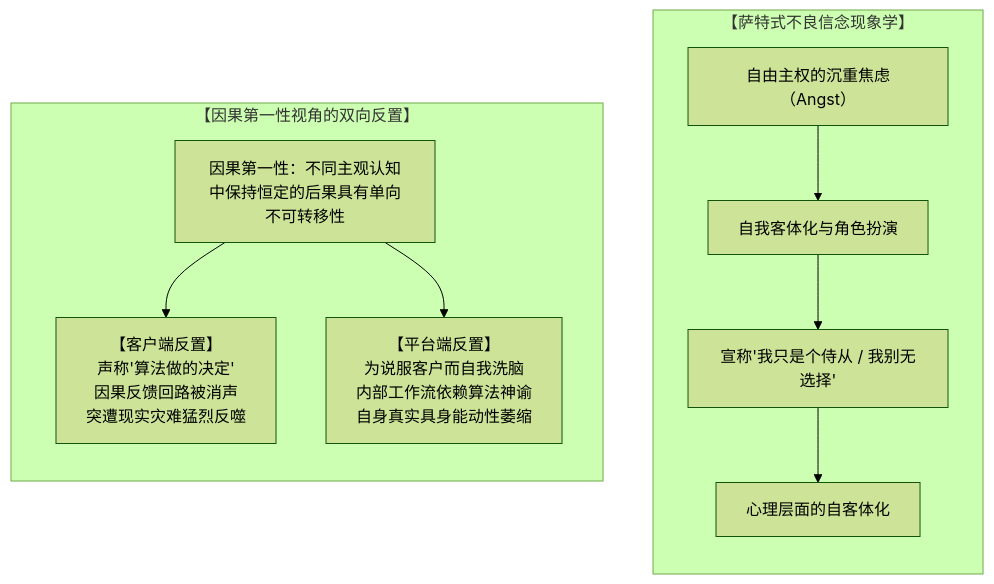
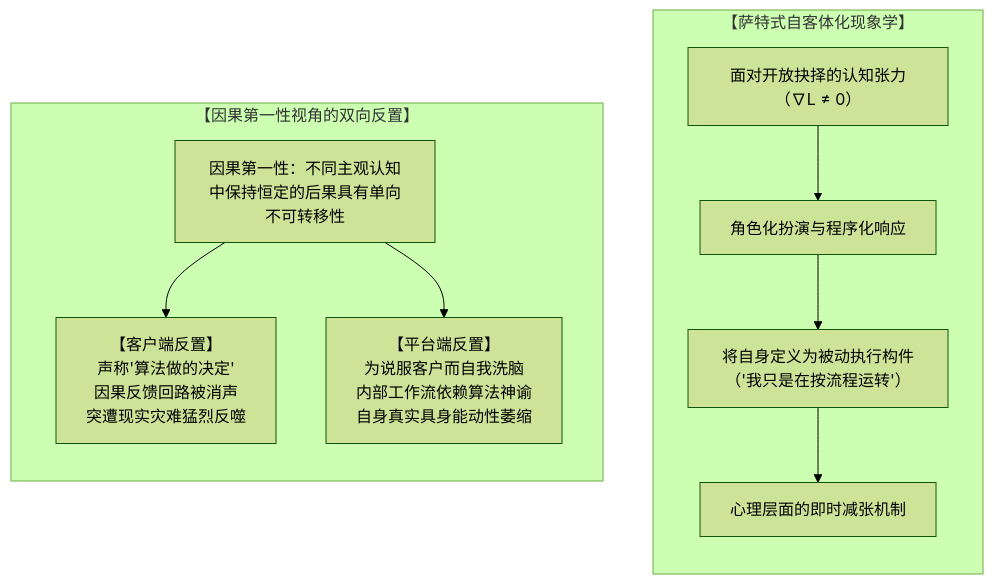
Before and after one commit to powerpig99/not-a-toe: the sixth of 11 diagrams in content/posts/the-delegation-of-the-task-and-the-inalienability-of-consequences.md, drawn with Mermaid (forest theme). The commit also changed other lines of this file and 4 other files, not shown here.

````diff
--- a/content/posts/the-delegation-of-the-task-and-the-inalienability-of-consequences.md
+++ b/content/posts/the-delegation-of-the-task-and-the-inalienability-of-consequences.md
@@ -153,16 +153,16 @@
 ```mermaid
 graph TD
-    subgraph Sartrean_Phenomenology["【萨特式不良信念现象学】"]
+    subgraph Sartrean_Phenomenology["【萨特式自客体化现象学】"]
         direction TB
-        S1["自由主权的沉重焦虑（Angst）"] --> S2["自我客体化与角色扮演"]
-        S2 --> S3["宣称'我只是个侍从 / 我别无选择'"]
-        S3 --> S4["心理层面的自客体化"]
+        S1["面对开放抉择的认知张力（∇L ≠ 0）"] --> S2["角色化扮演与程序化响应"]
+        S2 --> S3["将自身定义为被动执行构件（'我只是在按流程运转'）"]
+        S3 --> S4["心理层面的即时减张机制"]
     end
 
     subgraph Causal_First_Principles["【因果第一性视角的双向反置】"]
         direction TB
         C_Origin["因果第一性：不同主观认知中保持恒定的后果具有单向不可转移性"]
         C_Origin --> B_Client["【客户端反置】<br/>声称'算法做的决定'<br/>因果反馈回路被消声<br/>突遭现实灾难猛烈反噬"]
         C_Origin --> B_Platform["【平台端反置】<br/>为说服客户而自我洗脑<br/>内部工作流依赖算法神谕<br/>自身真实具身能动性萎缩"]
     end
 ```
````
